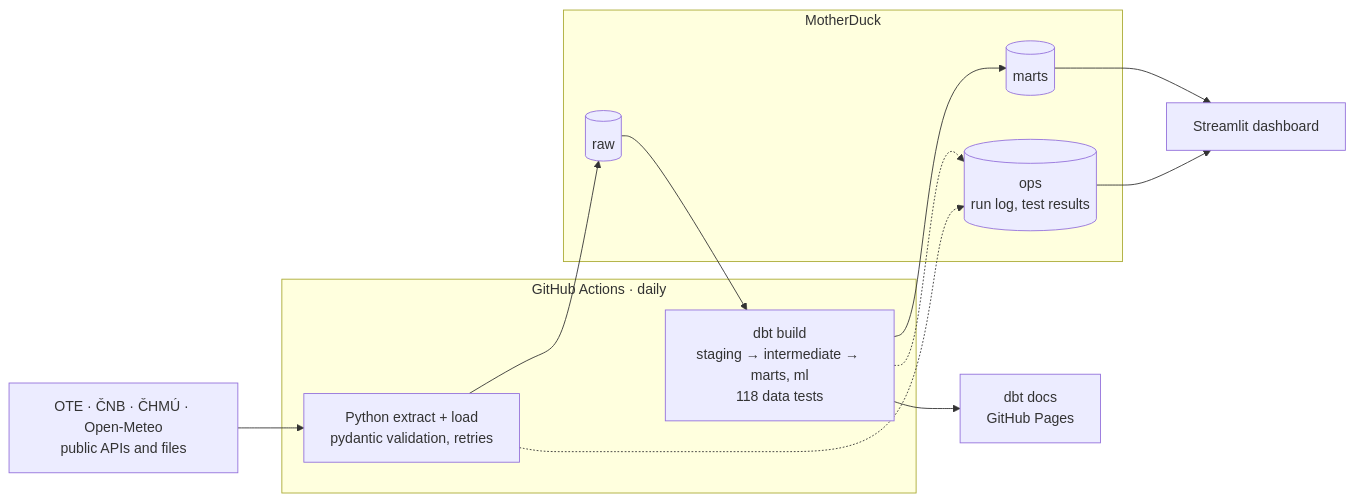
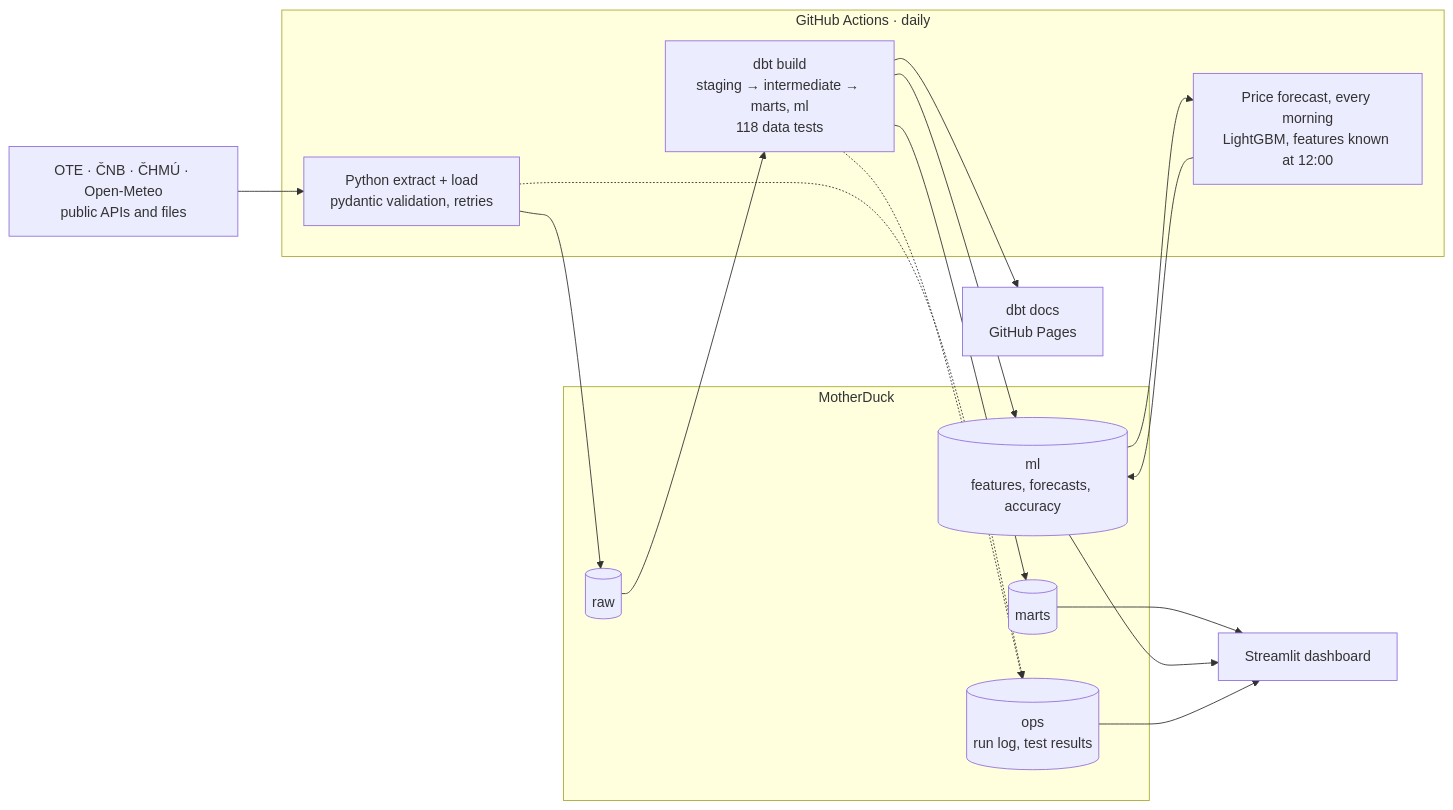
Before and after one commit to maksympostoiuk/czech-energy-pipeline: the diagram in README.md, drawn with Mermaid. The commit also changed other lines of this file and 7 other files, not shown here.

````diff
--- a/README.md
+++ b/README.md
@@ -29,21 +33,26 @@
 ```mermaid
 flowchart LR
     SRC["OTE · ČNB · ČHMÚ · Open-Meteo<br/>public APIs and files"]
 
     subgraph GHA["GitHub Actions · daily"]
         EL["Python extract + load<br/>pydantic validation, retries"]
         DBT["dbt build<br/>staging → intermediate → marts, ml<br/>118 data tests"]
+        FC["Price forecast, every morning<br/>LightGBM, features known at 12:00"]
     end
 
     subgraph MD["MotherDuck"]
         RAW[("raw")]
         MARTS[("marts")]
+        ML[("ml<br/>features, forecasts, accuracy")]
         OPS[("ops<br/>run log, test results")]
     end
 
     SRC --> EL --> RAW --> DBT --> MARTS --> APP["Streamlit dashboard"]
+    DBT --> ML
+    ML --> FC --> ML
+    ML --> APP
     EL -.-> OPS
     DBT -.-> OPS
     OPS --> APP
     DBT --> DOCS["dbt docs<br/>GitHub Pages"]
 ```
````
